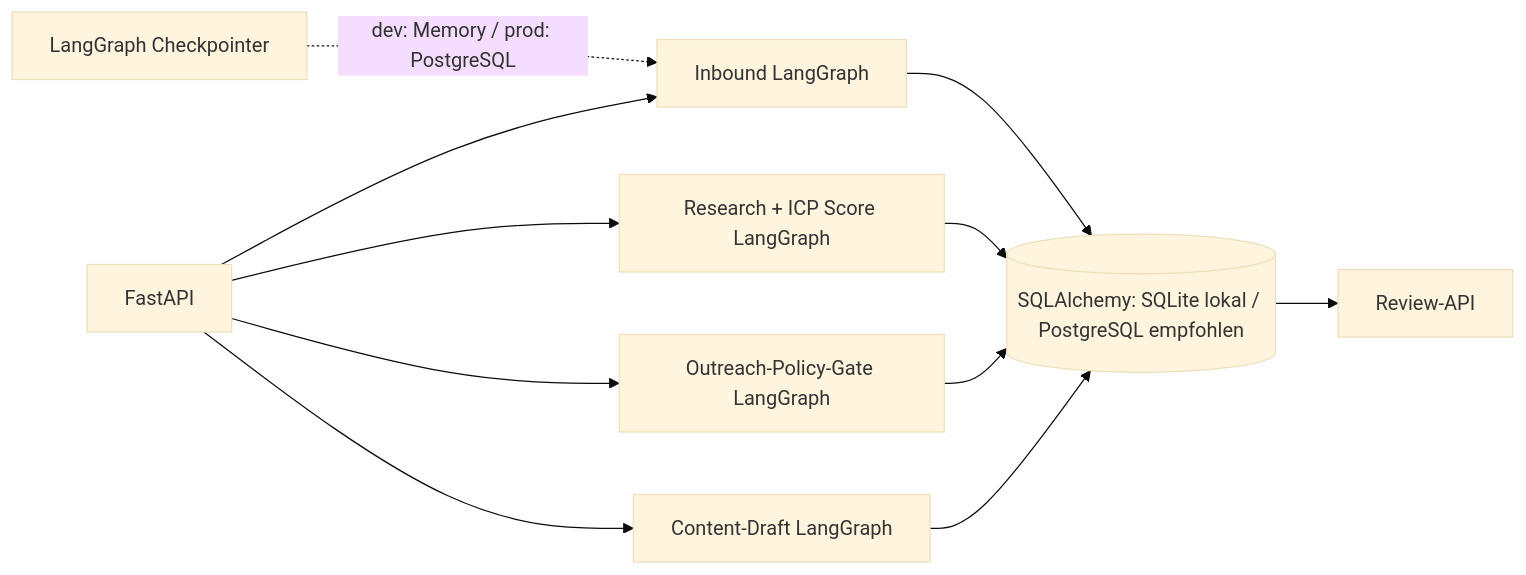
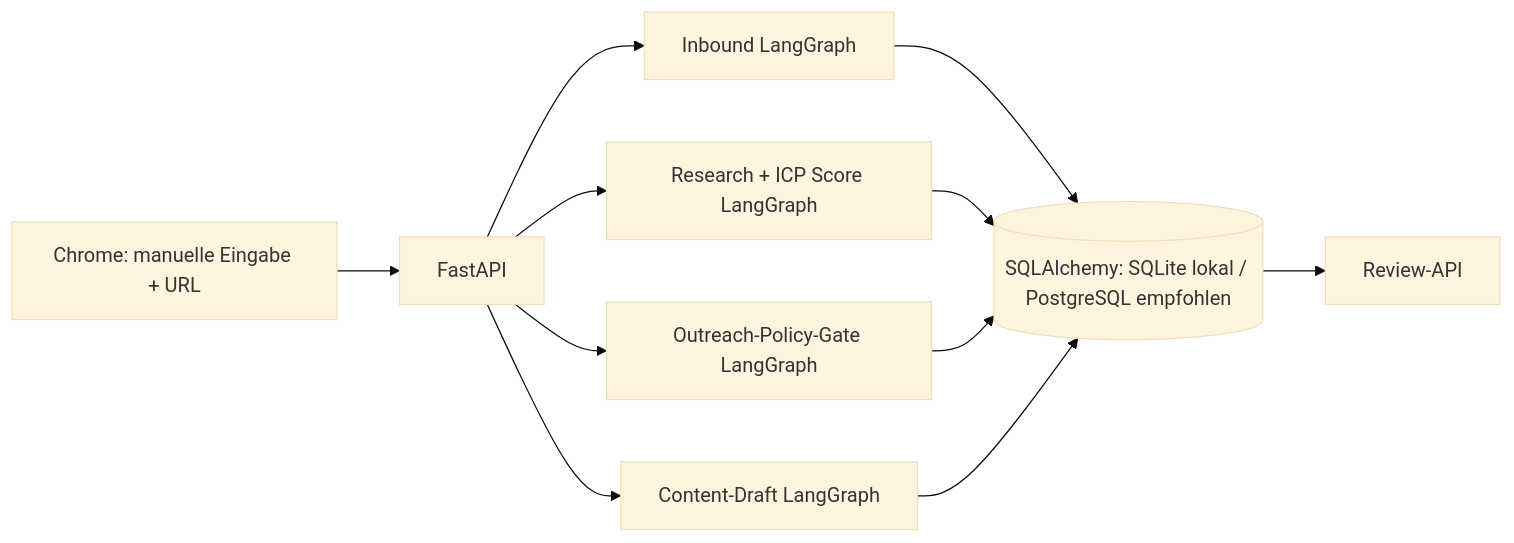
Before and after one commit to ALoreit/GTM-Delta-Lap: the diagram in README.md, drawn with Mermaid (base theme). The commit also changed other lines of this file, not shown here.

Commit message:
Document manual browser import and authorized LinkedIn API path

````diff
--- a/README.md
+++ b/README.md
@@ -19,13 +36,13 @@
 ```mermaid
 flowchart LR
-  A[FastAPI] --> I[Inbound LangGraph]
+  X[Chrome: manuelle Eingabe + URL] --> A[FastAPI]
+  A --> I[Inbound LangGraph]
   A --> R[Research + ICP Score LangGraph]
   A --> O[Outreach-Policy-Gate LangGraph]
   A --> C[Content-Draft LangGraph]
   I --> DB[(SQLAlchemy: SQLite lokal / PostgreSQL empfohlen)]
   R --> DB
   O --> DB
   C --> DB
   DB --> Q[Review-API]
-  G[LangGraph Checkpointer] -. dev: Memory / prod: PostgreSQL .-> I
 ```
````
